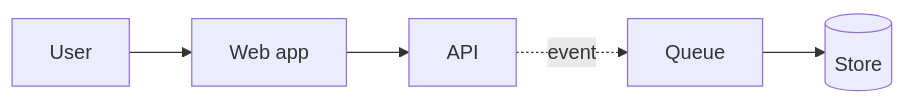
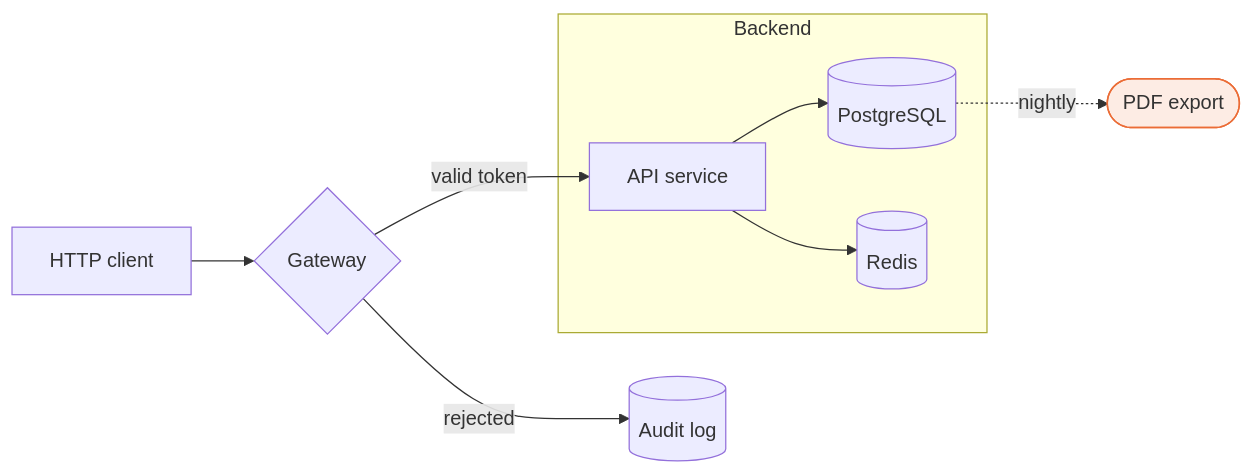
One commit to InnovateIt-ak/docusaurus changed the sixth of 28 diagrams in docs/mermaid-diagrams.mdx. Above: the diagram before and after it, drawn with Mermaid. The commit also changed other lines of this file, not shown here.

First line of the commit message:
docs(mermaid): step through complete cases — a branching flowchart, a long exchange

````diff
--- a/docs/mermaid-diagrams.mdx
+++ b/docs/mermaid-diagrams.mdx
@@ -210,17 +218,27 @@
 ```mermaid
 flowchart LR
-    U[User] e1@--> W[Web app]
-    W e2@--> A[API]
-    A e3@-.->|event| Q[Queue]
-    Q e4@--> D[(Store)]
-    classDef step1 animation: diagram-step 7.5s linear infinite 0s
-    classDef step2 animation: diagram-step 7.5s linear infinite 1.5s
-    classDef step3 animation: diagram-step 7.5s linear infinite 3s
-    classDef step4 animation: diagram-step 7.5s linear infinite 4.5s
-    classDef step5 animation: diagram-step 7.5s linear infinite 6s
-    class U step1
-    class e1,W step2
-    class e2,A step3
-    class e3,Q step4
-    class e4,D step5
+    classDef focal fill:#fdece4,stroke:#eb6c36,stroke-width:1.2px
+
+    Client[HTTP client] e1@--> GW{Gateway}
+    GW e2@-->|valid token| API[API service]
+    GW e3@-->|rejected| Log[(Audit log)]
+
+    subgraph Backend
+        API e4@--> DB[(PostgreSQL)]
+        API e5@--> Cache[(Redis)]
+    end
+
+    DB e6@-.->|nightly| Export([PDF export])
+    Export:::focal
+
+    classDef step1 animation: diagram-step 9s linear infinite 0s
+    classDef step2 animation: diagram-step 9s linear infinite 1.5s
+    classDef step3 animation: diagram-step 9s linear infinite 3s
+    classDef step4 animation: diagram-step 9s linear infinite 4.5s
+    classDef step5 animation: diagram-step 9s linear infinite 6s
+    class Client step1
+    class e1,GW step2
+    class e2,API,e3,Log step3
+    class e4,DB,e5,Cache step4
+    class e6 step5
 ```
````
